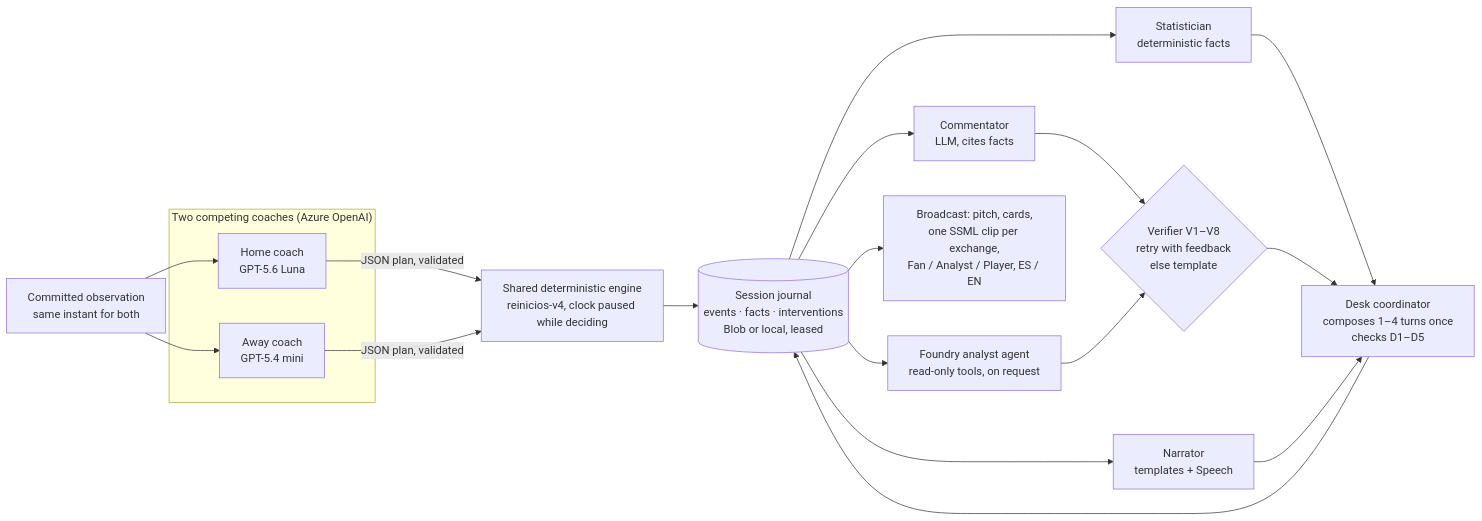
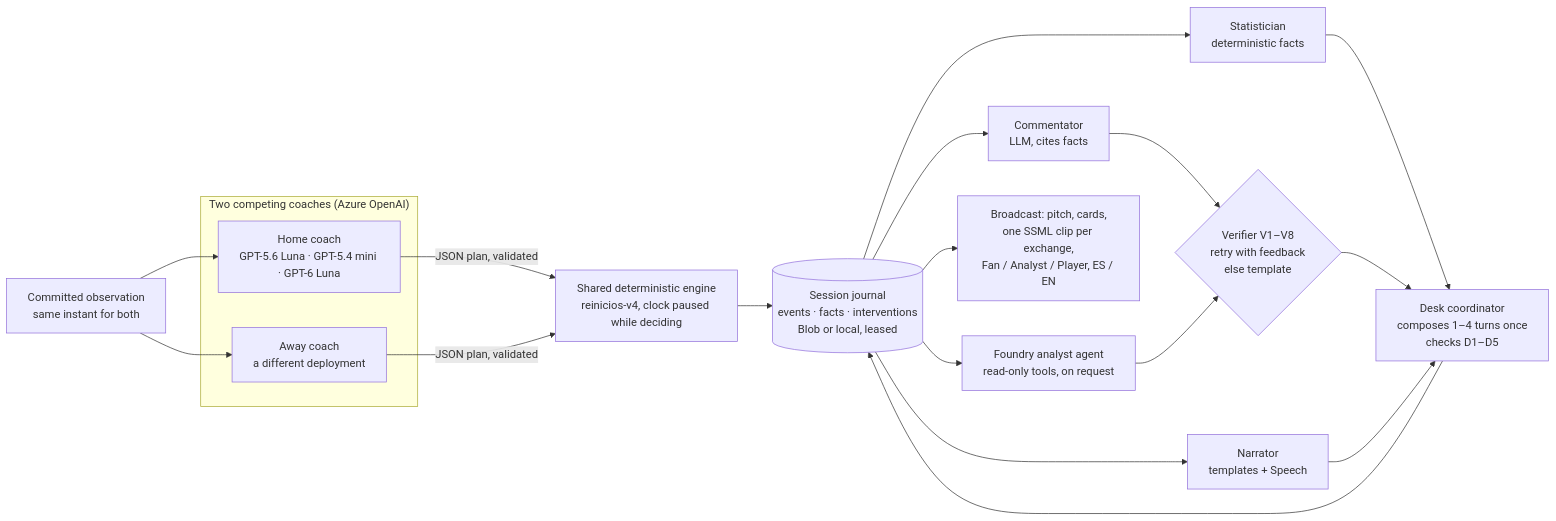
One commit to calusaca/cronista changed the diagram in README.md. Above: the diagram before and after it, drawn with Mermaid. The commit also changed other lines of this file and 80 other files, not shown here.

````diff
--- a/README.md
+++ b/README.md
@@ -43,23 +43,23 @@
 ```mermaid
 flowchart LR
     subgraph Coaches["Two competing coaches (Azure OpenAI)"]
-        H[Home coach<br/>GPT-5.6 Luna] 
-        A[Away coach<br/>GPT-5.4 mini]
+        H[Home coach<br/>GPT-5.6 Luna · GPT-5.4 mini · GPT-6 Luna] 
+        A[Away coach<br/>a different deployment]
     end
     OBS[Committed observation<br/>same instant for both] --> H
     OBS --> A
     H -- JSON plan, validated --> E
     A -- JSON plan, validated --> E
     E[Shared deterministic engine<br/>reinicios-v4, clock paused while deciding] --> J[(Session journal<br/>events · facts · interventions<br/>Blob or local, leased)]
     J --> N[Narrator<br/>templates + Speech]
     J --> S[Statistician<br/>deterministic facts]
     J --> C[Commentator<br/>LLM, cites facts]
     C --> V{Verifier V1–V8<br/>retry with feedback<br/>else template}
     S --> D
     V --> D[Desk coordinator<br/>composes 1–4 turns once<br/>checks D1–D5]
     N --> D
     D --> J
     J --> F[Foundry analyst agent<br/>read-only tools, on request]
     F --> V
     J --> UI[Broadcast: pitch, cards,<br/>one SSML clip per exchange,<br/>Fan / Analyst / Player, ES / EN]
 ```
````
